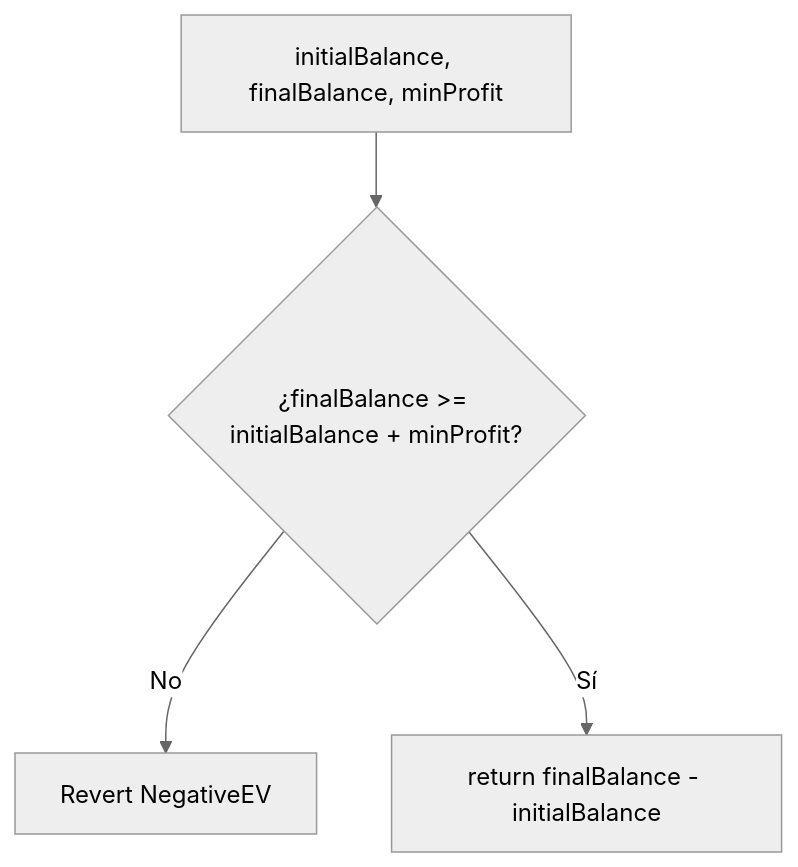
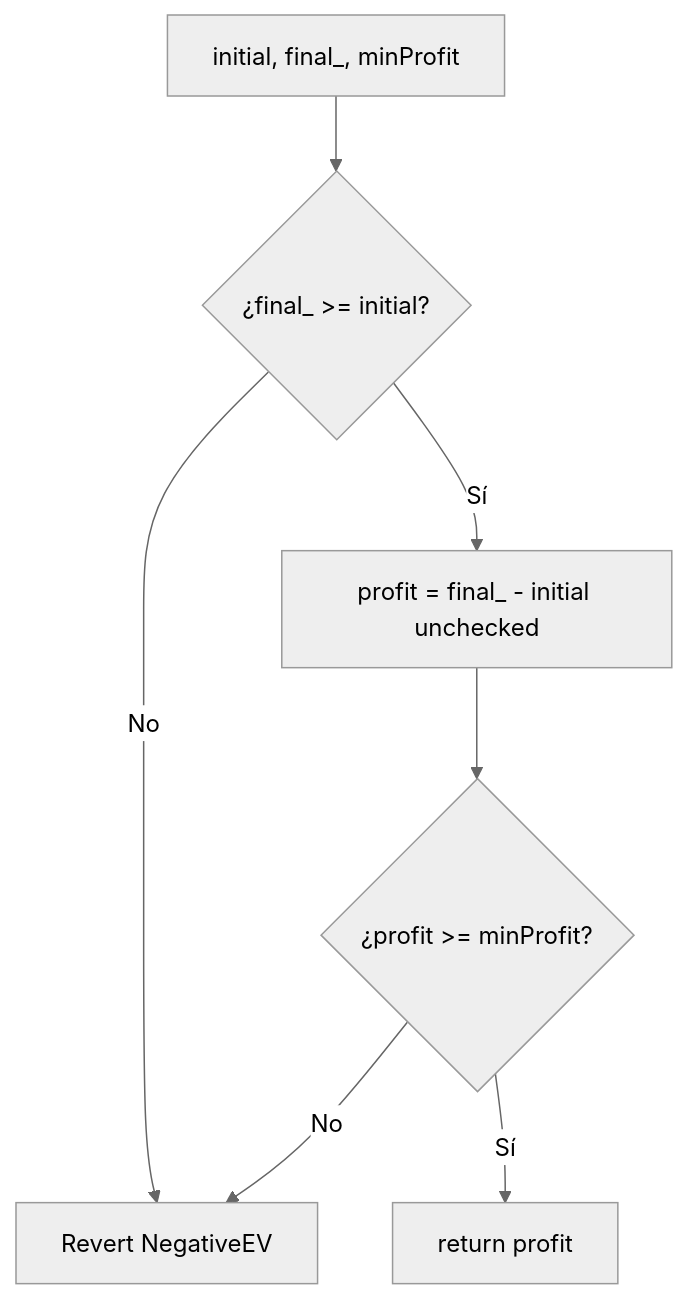
The second of 9 diagrams in doc/diagrama-de-flujo.md (rastrahm/mev-hft-infra), drawn with Mermaid (neutral theme) before and after one commit. The commit also changed other lines of this file and 5 other files, not shown here.

````diff
--- a/doc/diagrama-de-flujo.md
+++ b/doc/diagrama-de-flujo.md
@@ -43,6 +37,9 @@
 ```mermaid
 flowchart TD
-    A[initialBalance, finalBalance, minProfit] --> B{¿finalBalance >= initialBalance + minProfit?}
+    A[initial, final_, minProfit] --> B{¿final_ >= initial?}
     B -->|No| C[Revert NegativeEV]
-    B -->|Sí| D[return finalBalance - initialBalance]
+    B -->|Sí| D[profit = final_ - initial unchecked]
+    D --> E{¿profit >= minProfit?}
+    E -->|No| C
+    E -->|Sí| F[return profit]
 ```
````
